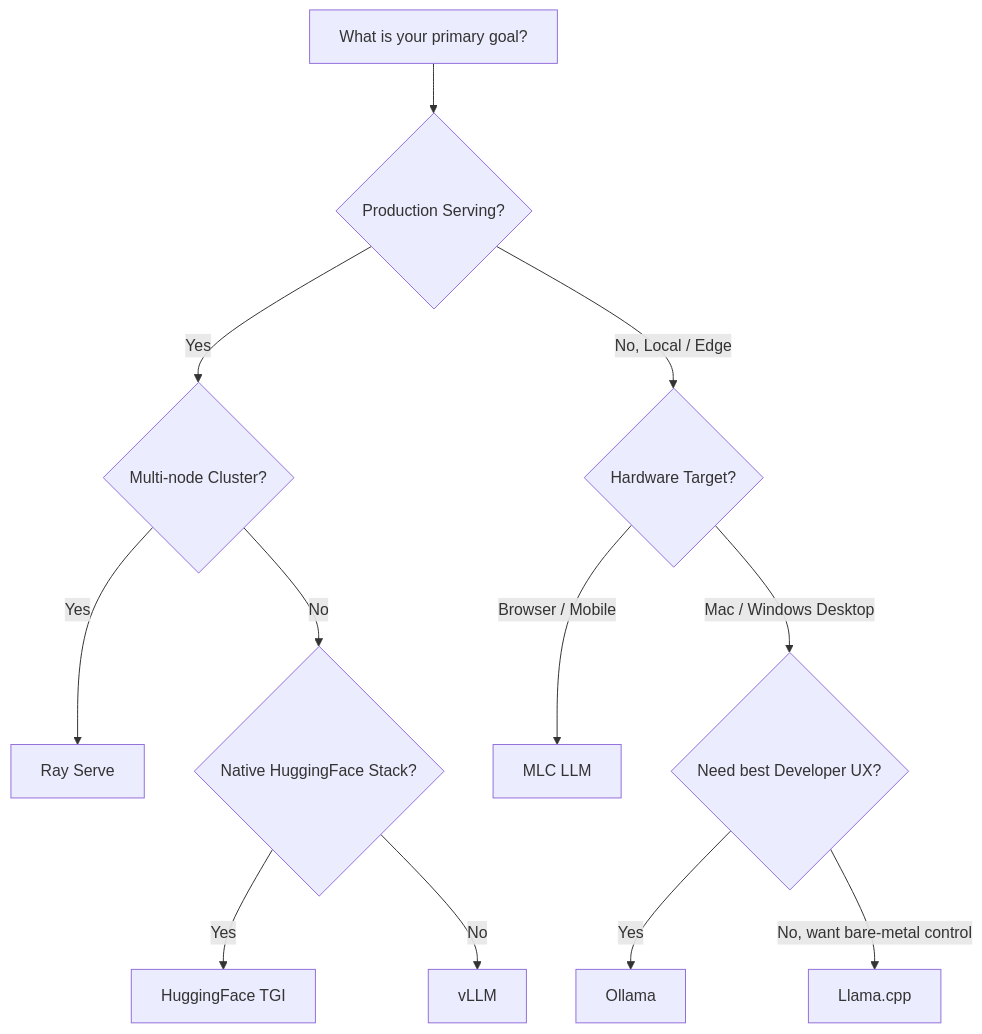
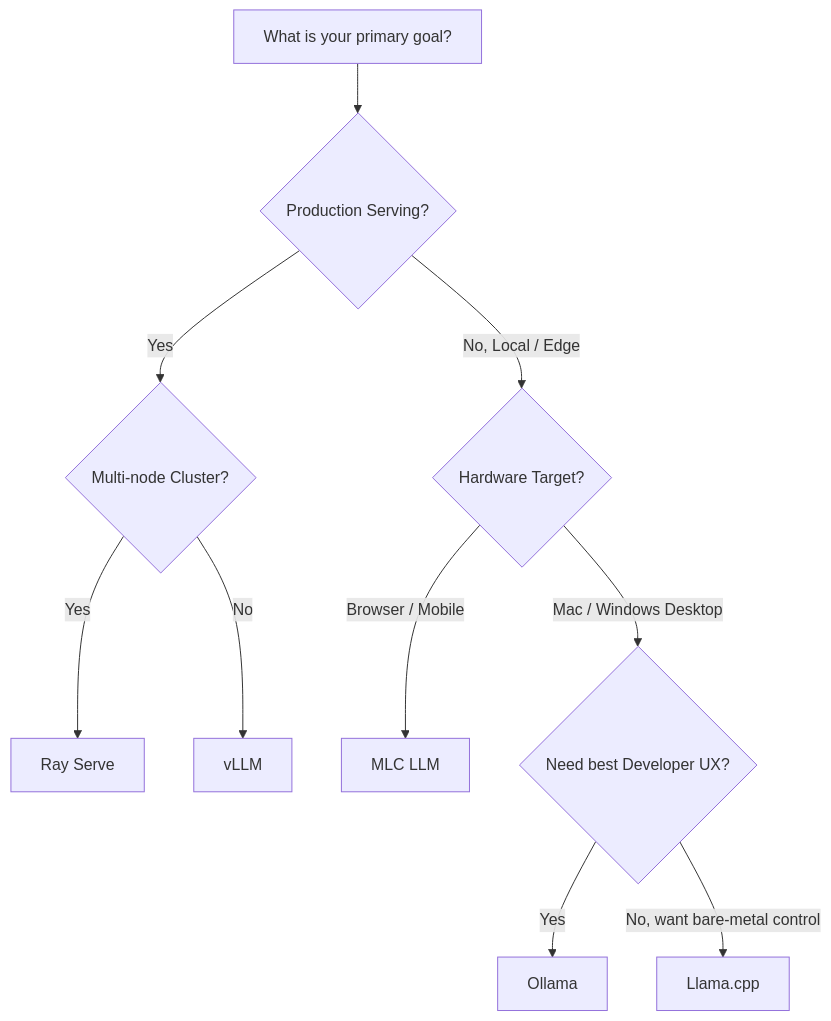
The diagram in docs/llms/self-hosting.md (kaimibk/Software-Dev-Bootcamp), drawn with Mermaid before and after one commit. The commit also changed other lines of this file and 1 other file, not shown here.

````diff
--- a/docs/llms/self-hosting.md
+++ b/docs/llms/self-hosting.md
@@ -86,16 +86,14 @@
 ```mermaid
 flowchart TD
     A[What is your primary goal?] --> B{Production Serving?}
     
     B -->|Yes| C{Multi-node Cluster?}
     C -->|Yes| D[Ray Serve]
-    C -->|No| E{Native HuggingFace Stack?}
-    E -->|Yes| F[HuggingFace TGI]
-    E -->|No| G[vLLM]
+    C -->|No| E[vLLM]
     
     B -->|No, Local / Edge| H{Hardware Target?}
     H -->|Browser / Mobile| I[MLC LLM]
     H -->|Mac / Windows Desktop| J{Need best Developer UX?}
     J -->|Yes| K[Ollama]
     J -->|No, want bare-metal control| L[Llama.cpp]
 ```
````
